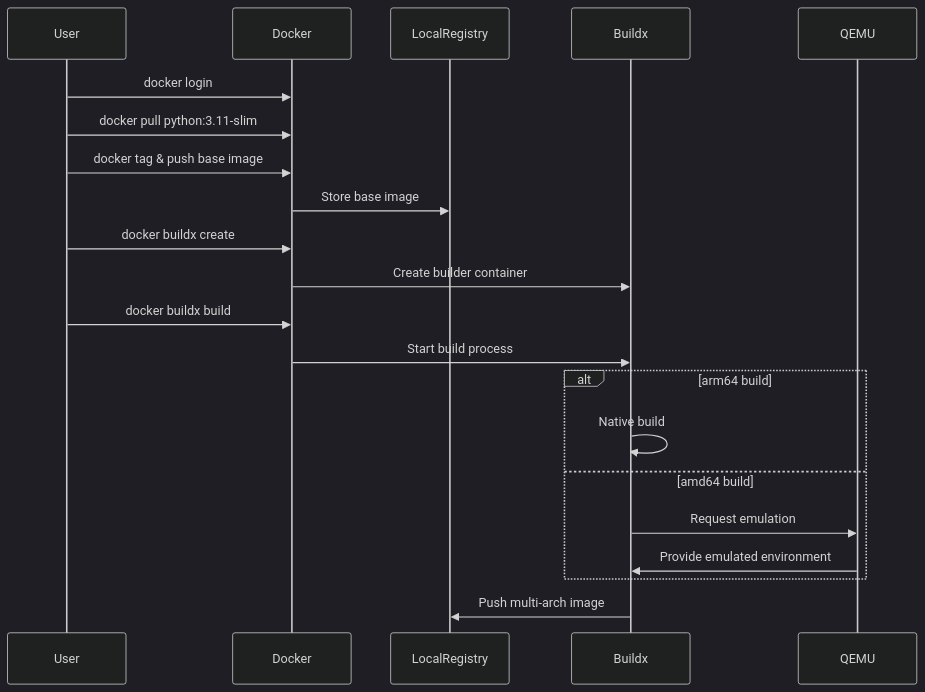
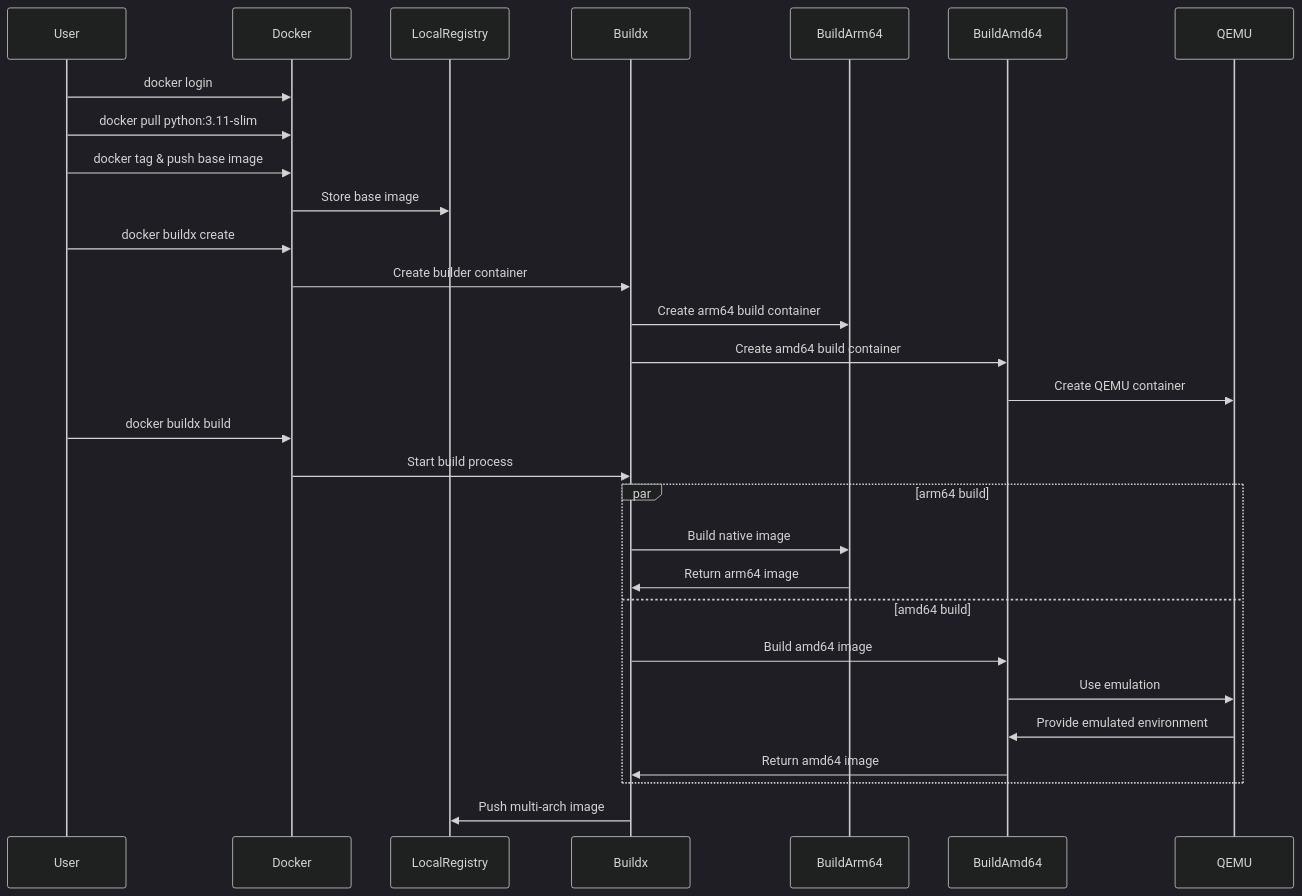
The second of 2 diagrams in docker-buildx-example/README.md (liweinan/k8s-example), drawn with Mermaid (dark theme) before and after one commit. The commit also changed other lines of this file, not shown here.

Commit message:
Add detailed Buildx architecture explanation and update diagrams

````diff
--- a/docker-buildx-example/README.md
+++ b/docker-buildx-example/README.md
@@ -30,28 +31,36 @@
 ```mermaid
 sequenceDiagram
     participant User
     participant Docker
     participant LocalRegistry
     participant Buildx
+    participant BuildArm64
+    participant BuildAmd64
     participant QEMU
     
     User->>Docker: docker login
     User->>Docker: docker pull python:3.11-slim
     User->>Docker: docker tag & push base image
     Docker->>LocalRegistry: Store base image
     
     User->>Docker: docker buildx create
     Docker->>Buildx: Create builder container
+    Buildx->>BuildArm64: Create arm64 build container
+    Buildx->>BuildAmd64: Create amd64 build container
+    BuildAmd64->>QEMU: Create QEMU container
     
     User->>Docker: docker buildx build
     Docker->>Buildx: Start build process
     
-    alt arm64 build
-        Buildx->>Buildx: Native build
-    else amd64 build
-        Buildx->>QEMU: Request emulation
-        QEMU->>Buildx: Provide emulated environment
+    par arm64 build
+        Buildx->>BuildArm64: Build native image
+        BuildArm64->>Buildx: Return arm64 image
+    and amd64 build
+        Buildx->>BuildAmd64: Build amd64 image
+        BuildAmd64->>QEMU: Use emulation
+        QEMU->>BuildAmd64: Provide emulated environment
+        BuildAmd64->>Buildx: Return amd64 image
     end
     
     Buildx->>LocalRegistry: Push multi-arch image
 ```
````
